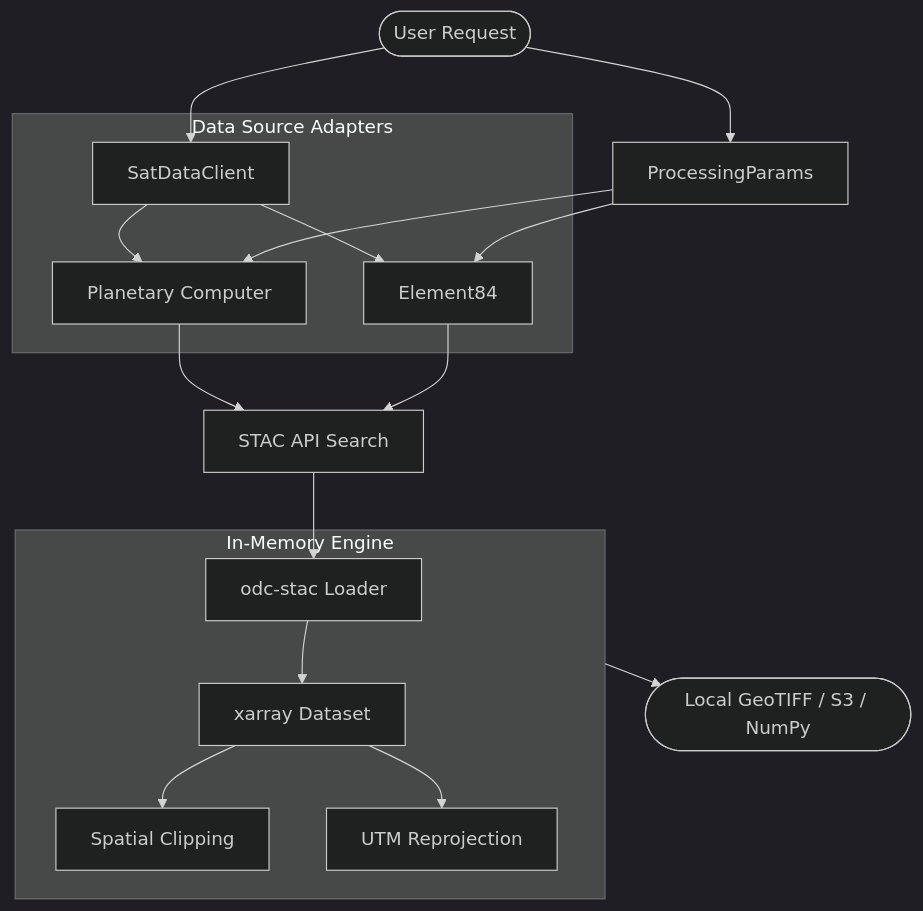
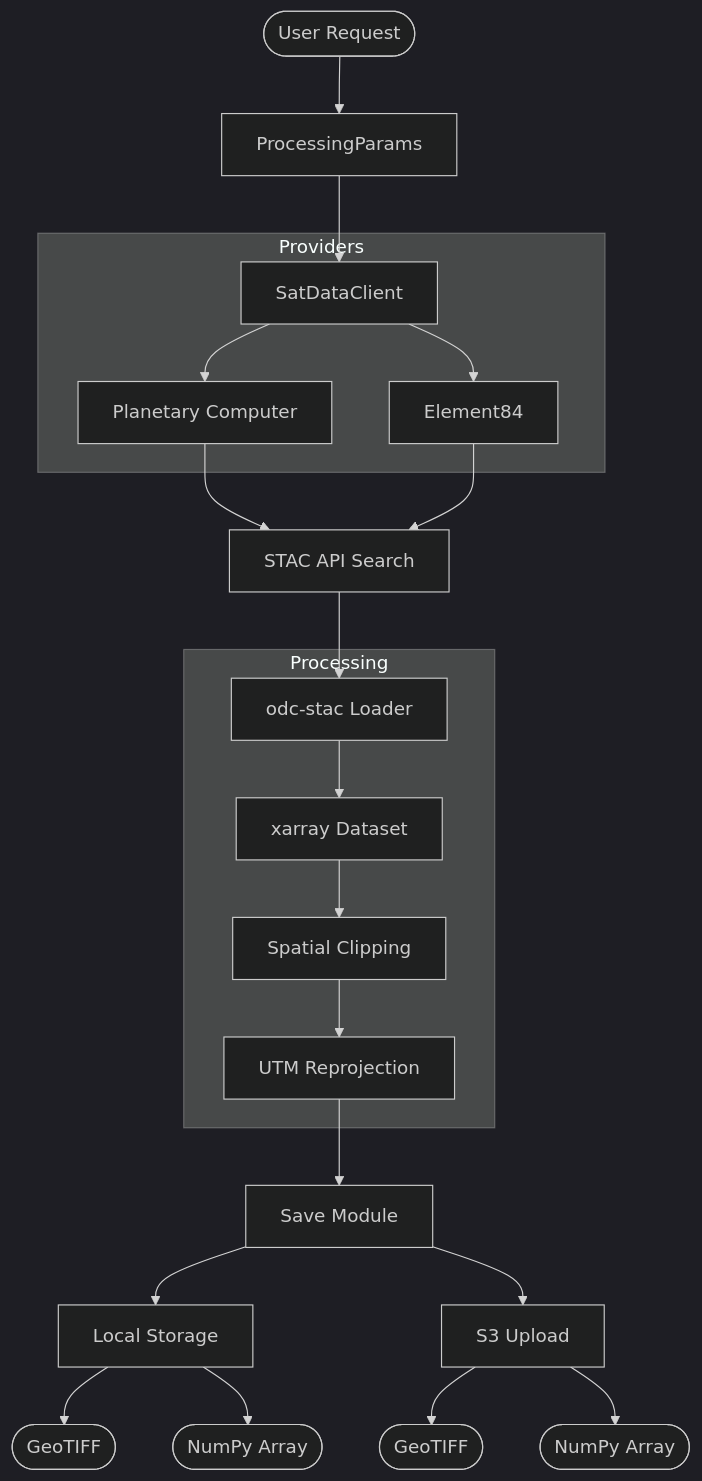
Before and after one commit to Kongstad/sat-data-acquisition: the diagram in docs/ARCHITECTURE.md, drawn with Mermaid (dark theme).

Commit message:
refactor: improve architecture diagram flow and clarity

````diff
--- a/docs/ARCHITECTURE.md
+++ b/docs/ARCHITECTURE.md
@@ -9,26 +9,32 @@
 ```mermaid
-graph TD
-    User([User Request]) --> Client[SatDataClient]
-    User --> Params[ProcessingParams]
+flowchart TD
+    User([User Request]) --> Params[ProcessingParams]
+    Params --> Client[SatDataClient]
     
-    subgraph Providers [Data Source Adapters]
+    subgraph Providers
         Client --> MPC[Planetary Computer]
         Client --> E84[Element84]
     end
-    
-    Params --> MPC
-    Params --> E84
     
     MPC --> STAC_API[STAC API Search]
     E84 --> STAC_API
     
     STAC_API --> Loader[odc-stac Loader]
     
-    subgraph Processing [In-Memory Engine]
+    subgraph Processing
         Loader --> XR[xarray Dataset]
         XR --> Clip[Spatial Clipping]
-        XR --> Reproject[UTM Reprojection]
+        Clip --> Reproject[UTM Reprojection]
     end
     
-    Processing --> Output([Local GeoTIFF / S3 / NumPy])
+    Reproject --> Save[Save Module]
+    
+    Save --> Local[Local Storage]
+    Save --> S3[S3 Upload]
+    
+    Local --> GeoTIFF1([GeoTIFF])
+    Local --> NumPy1([NumPy Array])
+    
+    S3 --> GeoTIFF2([GeoTIFF])
+    S3 --> NumPy2([NumPy Array])
 ```
````
